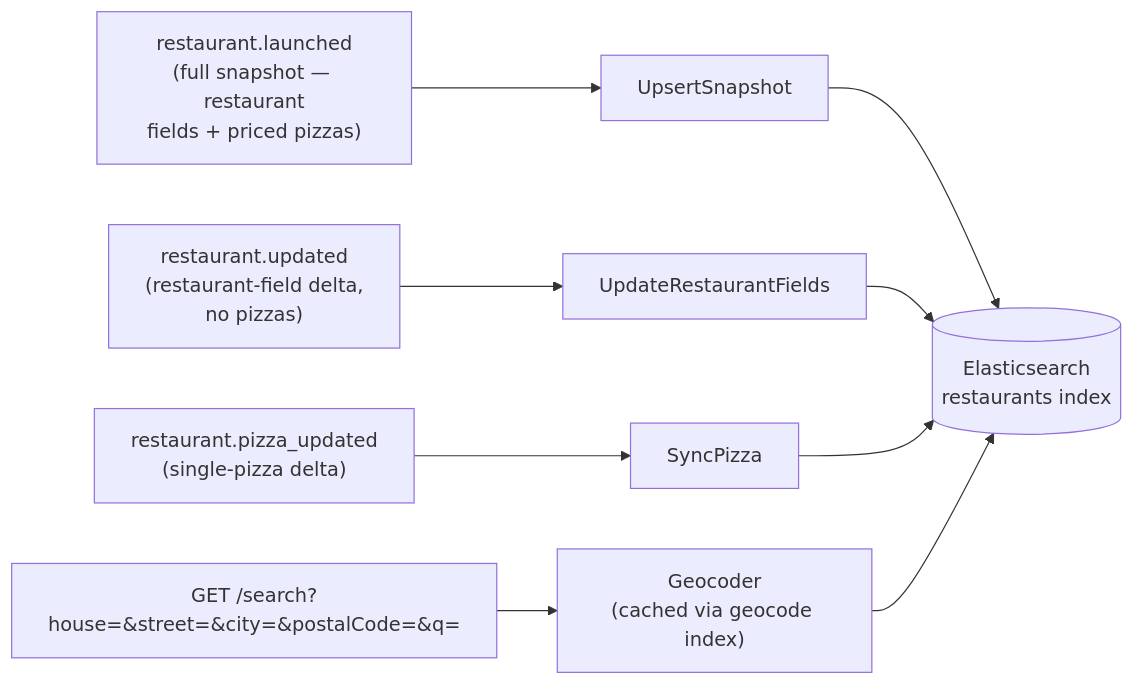
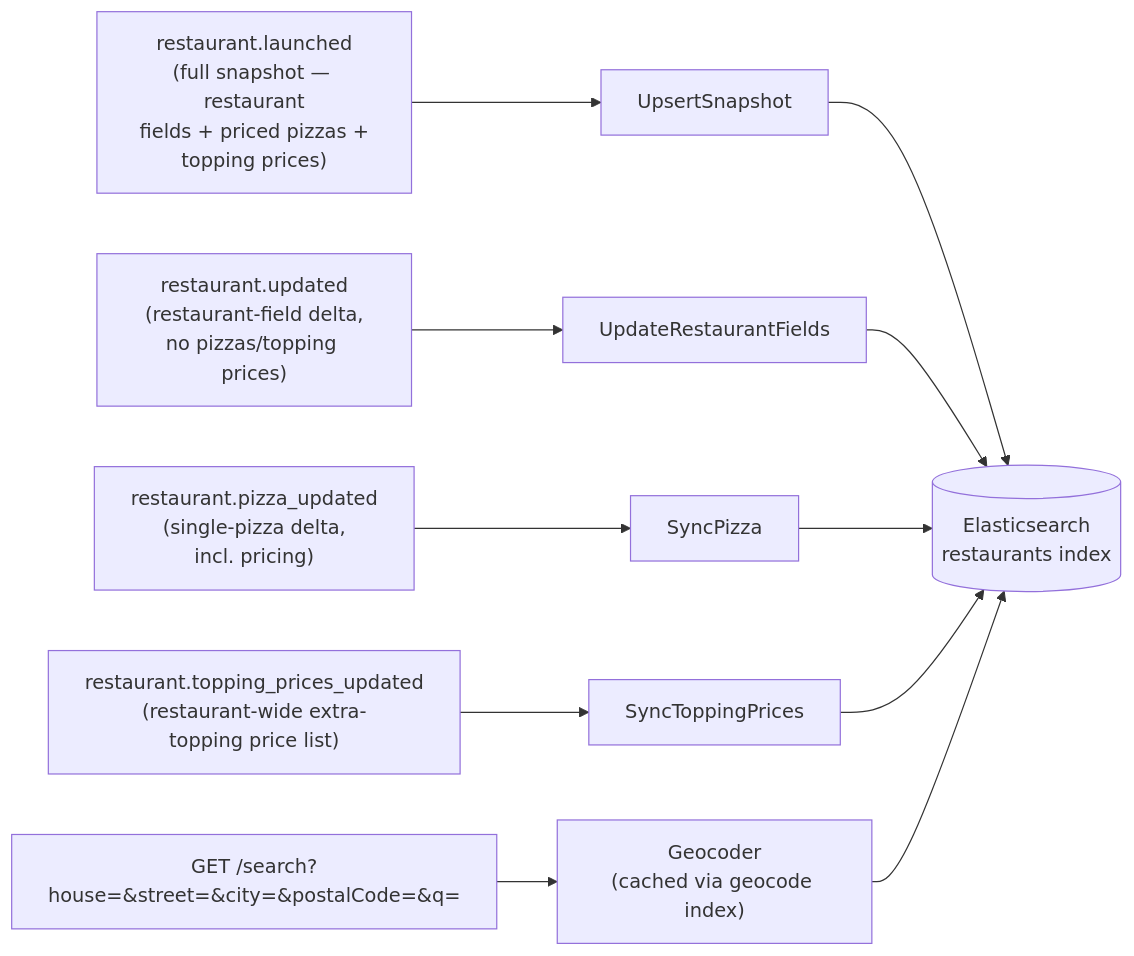
Before and after one commit to tarique-iqbal/pizza-marketplace: the diagram in docs/services/search-service.md, drawn with Mermaid. The commit also changed other lines of this file, not shown here.

Commit message:
docs: update search-service.md for pricing

````diff
--- a/docs/services/search-service.md
+++ b/docs/services/search-service.md
@@ -156,11 +180,13 @@
 ```mermaid
 flowchart LR
-    E1["restaurant.launched\n(full snapshot — restaurant\nfields + priced pizzas)"] --> H1["UpsertSnapshot"]
-    E2["restaurant.updated\n(restaurant-field delta,\nno pizzas)"] --> H2["UpdateRestaurantFields"]
-    E3["restaurant.pizza_updated\n(single-pizza delta)"] --> H3["SyncPizza"]
+    E1["restaurant.launched\n(full snapshot — restaurant\nfields + priced pizzas +\ntopping prices)"] --> H1["UpsertSnapshot"]
+    E2["restaurant.updated\n(restaurant-field delta,\nno pizzas/topping prices)"] --> H2["UpdateRestaurantFields"]
+    E3["restaurant.pizza_updated\n(single-pizza delta,\nincl. pricing)"] --> H3["SyncPizza"]
+    E4["restaurant.topping_prices_updated\n(restaurant-wide extra-\ntopping price list)"] --> H4["SyncToppingPrices"]
     H1 --> ES[("Elasticsearch\nrestaurants index")]
     H2 --> ES
     H3 --> ES
+    H4 --> ES
     API["GET /search?house=&street=&city=&postalCode=&q="] --> GEO["Geocoder\n(cached via geocode index)"]
     GEO --> ES
 ```
````
